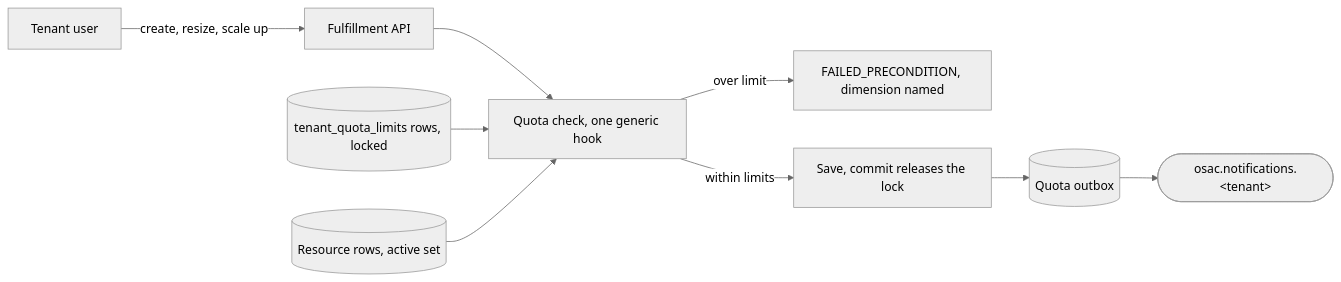
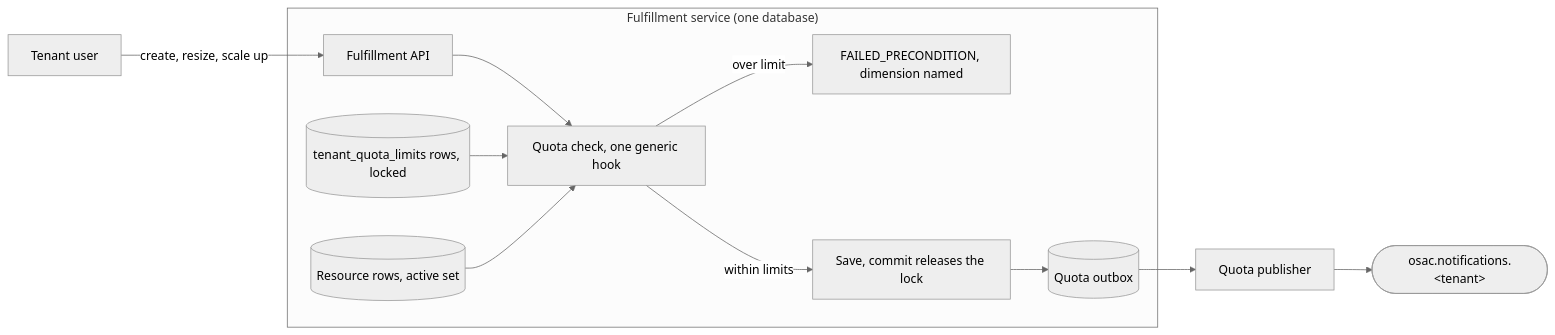
Before and after one commit to osac-project/enhancement-proposals: the diagram in enhancements/OSAC-4500-quota-foundation/design.md, drawn with Mermaid (neutral theme). The commit also changed other lines of this file, not shown here.

Commit message:
OSAC-4500: Design - Quota Foundation, full revision pass

````diff
--- a/enhancements/OSAC-4500-quota-foundation/design.md
+++ b/enhancements/OSAC-4500-quota-foundation/design.md
@@ -47,10 +48,14 @@
 ```mermaid
 flowchart LR
   user["Tenant user"] -->|"create, resize, scale up"| api["Fulfillment API"]
-  api --> hook["Quota check, one generic hook"]
-  lock[("tenant_quota_limits rows, locked")] --> hook
-  rows[("Resource rows, active set")] --> hook
-  hook -->|"over limit"| rej["FAILED_PRECONDITION, dimension named"]
-  hook -->|"within limits"| save["Save, commit releases the lock"]
-  save --> out[("Quota outbox")] --> note(["osac.notifications.&lt;tenant&gt;"])
+  subgraph svc["Fulfillment service (one database)"]
+    api --> hook["Quota check, one generic hook"]
+    limits[("tenant_quota_limits rows, locked")] --> hook
+    rows[("Resource rows, active set")] --> hook
+    hook -->|"over limit"| rej["FAILED_PRECONDITION, dimension named"]
+    hook -->|"within limits"| save["Save, commit releases the lock"]
+    save --> out[("Quota outbox")]
+  end
+  out --> pub["Quota publisher"]
+  pub --> note(["osac.notifications.&lt;tenant&gt;"])
 ```
````
